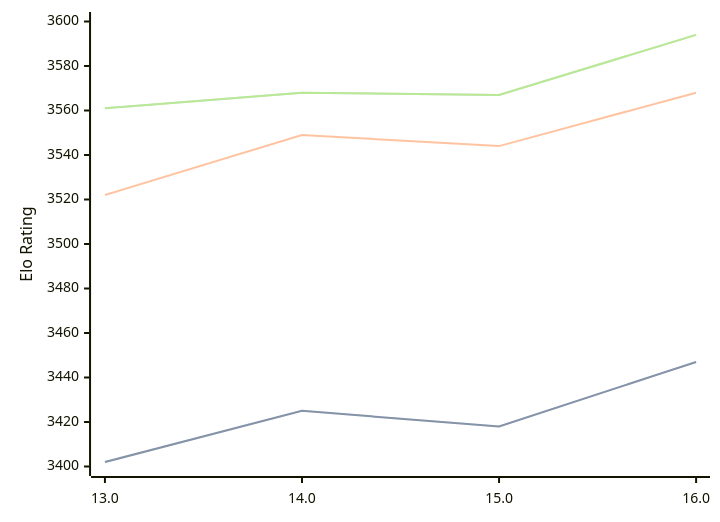
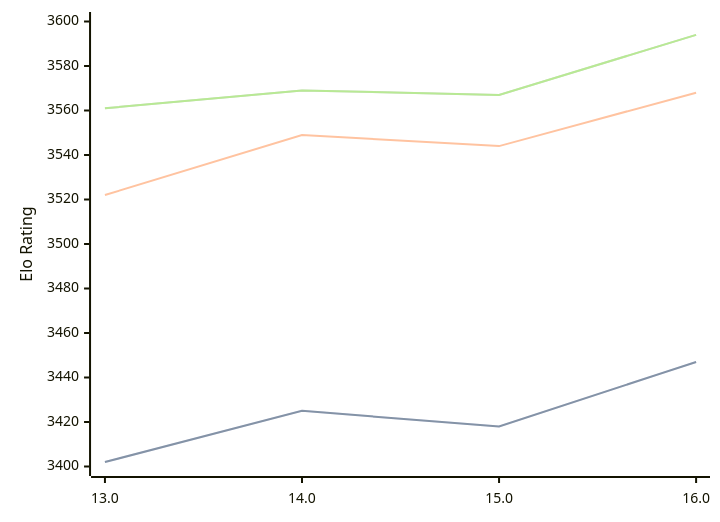
The diagram in engines/Obsidian.md (computer-chess-index/cci), drawn with Mermaid before and after one commit. The commit also changed other lines of this file, not shown here.

Commit message:
Update CCI Ratings (ELO VLTC) - 2026-09-25

````diff
--- a/engines/Obsidian.md
+++ b/engines/Obsidian.md
@@ -34,11 +34,11 @@
 ```mermaid
 %%{init: {"theme":"base","themeVariables":{"seriesColors:['#a3a3a3','#222221','#faa371']}}}%%
 xychart-beta
   x-axis ["13.0", "14.0", "15.0", "16.0"]
   y-axis "Elo Rating" 3400 --> 3600
   line "" [3402, 3425, 3418, 3447]
   line "STC (8.0+0.08s)" [3402, 3425, 3418, 3447]
   line "LTC (60.0+0.60s)" [3522, 3549, 3544, 3568]
-  line "" [3561, 3568, 3567, 3594]
-  line "VLTC (2m24s+1.12s)" [3561, 3568, 3567, 3594]
+  line "" [3561, 3569, 3567, 3594]
+  line "VLTC (2m24s+1.12s)" [3561, 3569, 3567, 3594]
 ```
````
